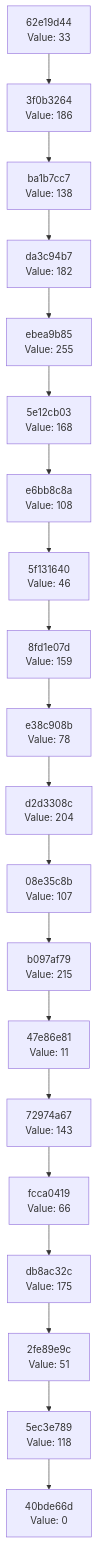
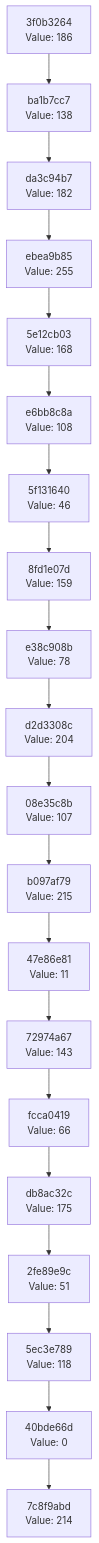
The diagram in docs/CHAIN_VISUALIZATION.md (Abhisheksinha1506/hash-chain-evolver), drawn with Mermaid before and after one commit. The commit also changed 2 other files, not shown here.

Commit message:
Evolution Step

````diff
--- a/docs/CHAIN_VISUALIZATION.md
+++ b/docs/CHAIN_VISUALIZATION.md
@@ -3,42 +3,42 @@
 ```mermaid
 graph TD
-    C0["40bde66d<br/>Value: 0"]
-    C1["5ec3e789<br/>Value: 118"]
+    C0["7c8f9abd<br/>Value: 214"]
+    C1["40bde66d<br/>Value: 0"]
     C1 --> C0
-    C2["2fe89e9c<br/>Value: 51"]
+    C2["5ec3e789<br/>Value: 118"]
     C2 --> C1
-    C3["db8ac32c<br/>Value: 175"]
+    C3["2fe89e9c<br/>Value: 51"]
     C3 --> C2
-    C4["fcca0419<br/>Value: 66"]
+    C4["db8ac32c<br/>Value: 175"]
     C4 --> C3
-    C5["72974a67<br/>Value: 143"]
+    C5["fcca0419<br/>Value: 66"]
     C5 --> C4
-    C6["47e86e81<br/>Value: 11"]
+    C6["72974a67<br/>Value: 143"]
     C6 --> C5
-    C7["b097af79<br/>Value: 215"]
+    C7["47e86e81<br/>Value: 11"]
     C7 --> C6
-    C8["08e35c8b<br/>Value: 107"]
+    C8["b097af79<br/>Value: 215"]
     C8 --> C7
-    C9["d2d3308c<br/>Value: 204"]
+    C9["08e35c8b<br/>Value: 107"]
     C9 --> C8
-    C10["e38c908b<br/>Value: 78"]
+    C10["d2d3308c<br/>Value: 204"]
     C10 --> C9
-    C11["8fd1e07d<br/>Value: 159"]
+    C11["e38c908b<br/>Value: 78"]
     C11 --> C10
-    C12["5f131640<br/>Value: 46"]
+    C12["8fd1e07d<br/>Value: 159"]
     C12 --> C11
-    C13["e6bb8c8a<br/>Value: 108"]
+    C13["5f131640<br/>Value: 46"]
     C13 --> C12
-    C14["5e12cb03<br/>Value: 168"]
+    C14["e6bb8c8a<br/>Value: 108"]
     C14 --> C13
-    C15["ebea9b85<br/>Value: 255"]
+    C15["5e12cb03<br/>Value: 168"]
     C15 --> C14
-    C16["da3c94b7<br/>Value: 182"]
+    C16["ebea9b85<br/>Value: 255"]
     C16 --> C15
-    C17["ba1b7cc7<br/>Value: 138"]
+    C17["da3c94b7<br/>Value: 182"]
     C17 --> C16
-    C18["3f0b3264<br/>Value: 186"]
+    C18["ba1b7cc7<br/>Value: 138"]
     C18 --> C17
-    C19["62e19d44<br/>Value: 33"]
+    C19["3f0b3264<br/>Value: 186"]
     C19 --> C18
 ```
````
